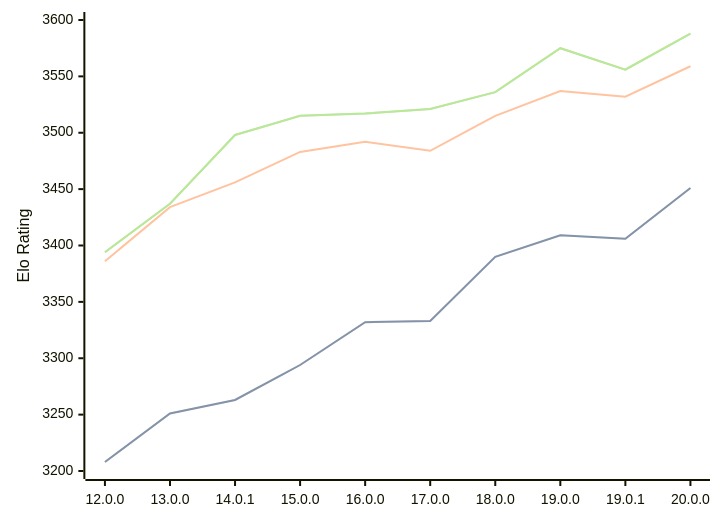
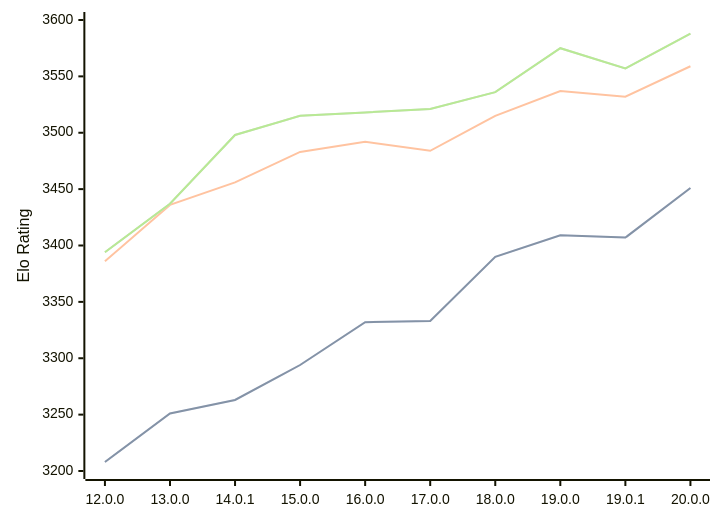
One commit to computer-chess-index/cci changed the diagram in engines/Viridithas.md. Above: the diagram before and after it, drawn with Mermaid. The commit also changed other lines of this file, not shown here.

Commit message:
Update CCI Ratings (ELO VLTC) - 2026-09-05

````diff
--- a/engines/Viridithas.md
+++ b/engines/Viridithas.md
@@ -40,11 +40,11 @@
 ```mermaid
 %%{init: {"theme":"base","themeVariables":{"seriesColors:['#a3a3a3','#222221','#faa371']}}}%%
 xychart-beta
   x-axis ["12.0.0", "13.0.0", "14.0.1", "15.0.0", "16.0.0", "17.0.0", "18.0.0", "19.0.0", "19.0.1", "20.0.0"]
   y-axis "Elo Rating" 3200 --> 3600
-  line "" [3208, 3251, 3263, 3294, 3332, 3333, 3390, 3409, 3406, 3451]
-  line "STC (8.0+0.08s)" [3208, 3251, 3263, 3294, 3332, 3333, 3390, 3409, 3406, 3451]
-  line "LTC (60.0+0.60s)" [3386, 3434, 3456, 3483, 3492, 3484, 3515, 3537, 3532, 3559]
-  line "" [3394, 3437, 3498, 3515, 3517, 3521, 3536, 3575, 3556, 3588]
-  line "VLTC (2m24s+1.12s)" [3394, 3437, 3498, 3515, 3517, 3521, 3536, 3575, 3556, 3588]
+  line "" [3208, 3251, 3263, 3294, 3332, 3333, 3390, 3409, 3407, 3451]
+  line "STC (8.0+0.08s)" [3208, 3251, 3263, 3294, 3332, 3333, 3390, 3409, 3407, 3451]
+  line "LTC (60.0+0.60s)" [3386, 3436, 3456, 3483, 3492, 3484, 3515, 3537, 3532, 3559]
+  line "" [3394, 3437, 3498, 3515, 3518, 3521, 3536, 3575, 3557, 3588]
+  line "VLTC (2m24s+1.12s)" [3394, 3437, 3498, 3515, 3518, 3521, 3536, 3575, 3557, 3588]
 ```
````
